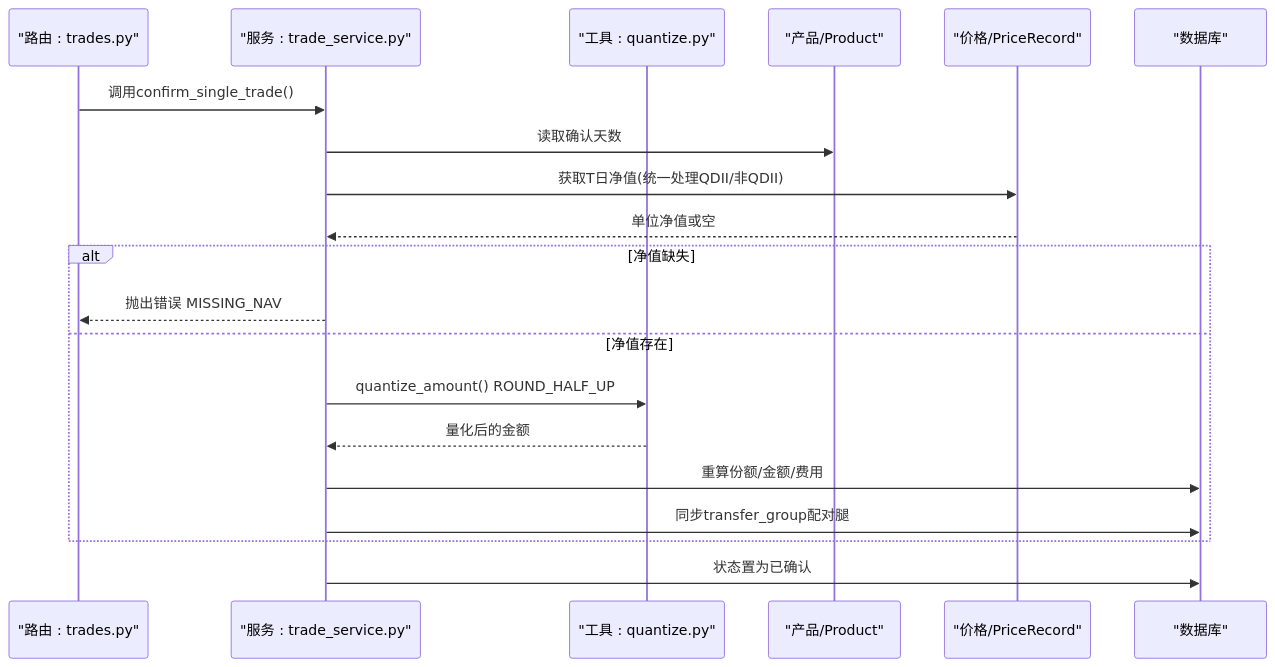
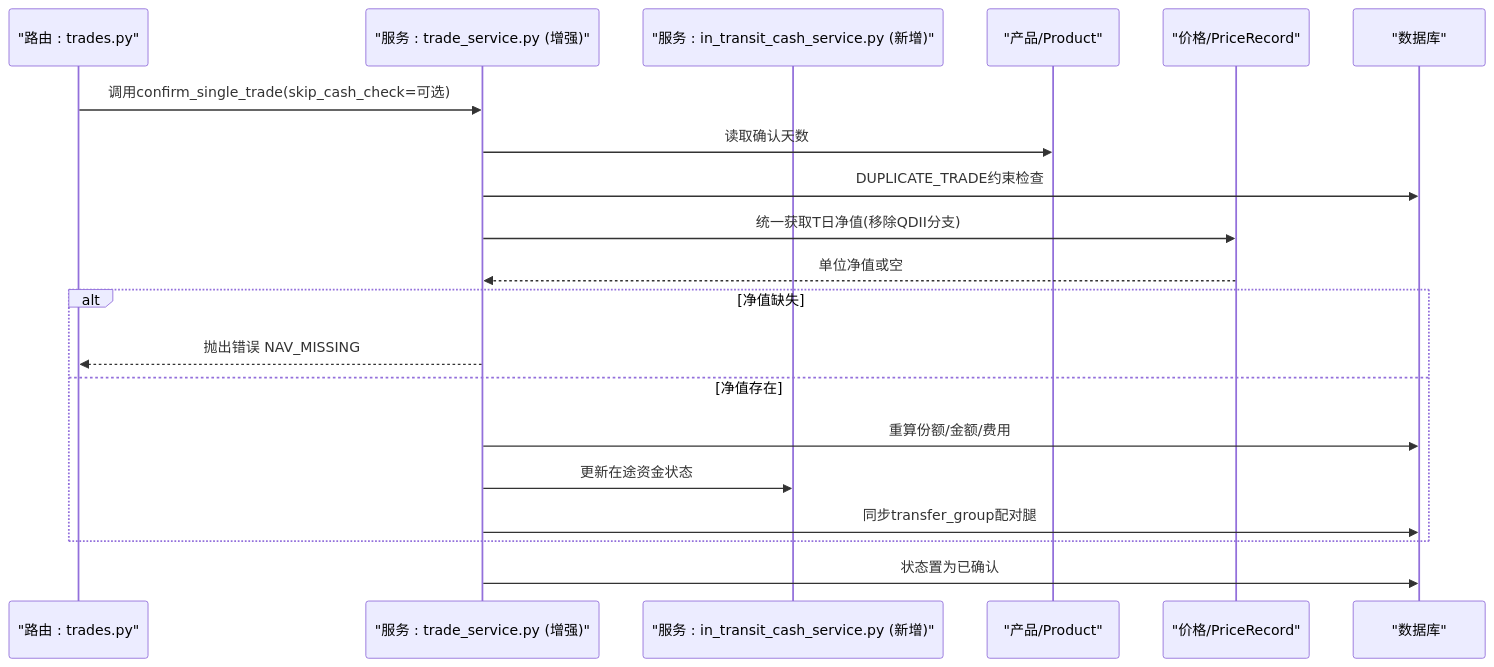
One commit to gujialind/InvestRing changed diagram 13 of 17 in .qoder/repowiki/zh/content/核心业务功能/交易处理.md. Above: the diagram before and after it, drawn with Mermaid. The commit also changed other lines of this file and 64 other files, not shown here.

````diff
--- a/.qoder/repowiki/zh/content/核心业务功能/交易处理.md
+++ b/.qoder/repowiki/zh/content/核心业务功能/交易处理.md
@@ -508,22 +615,22 @@
 ```mermaid
 sequenceDiagram
 participant R as "路由 : trades.py"
-participant ST as "服务 : trade_service.py"
-participant Q as "工具 : quantize.py"
+participant ST as "服务 : trade_service.py (增强)"
+participant IC as "服务 : in_transit_cash_service.py (新增)"
 participant P as "产品/Product"
 participant PR as "价格/PriceRecord"
 participant DB as "数据库"
-R->>ST : 调用confirm_single_trade()
+R->>ST : 调用confirm_single_trade(skip_cash_check=可选)
 ST->>P : 读取确认天数
-ST->>PR : 获取T日净值(统一处理QDII/非QDII)
+ST->>DB : DUPLICATE_TRADE约束检查
+ST->>PR : 统一获取T日净值(移除QDII分支)
 PR-->>ST : 单位净值或空
 alt 净值缺失
-ST-->>R : 抛出错误 MISSING_NAV
+ST-->>R : 抛出错误 NAV_MISSING
 else 净值存在
-ST->>Q : quantize_amount() ROUND_HALF_UP
-Q-->>ST : 量化后的金额
 ST->>DB : 重算份额/金额/费用
+ST->>IC : 更新在途资金状态
 ST->>DB : 同步transfer_group配对腿
 end
 ST->>DB : 状态置为已确认
 ```
````
